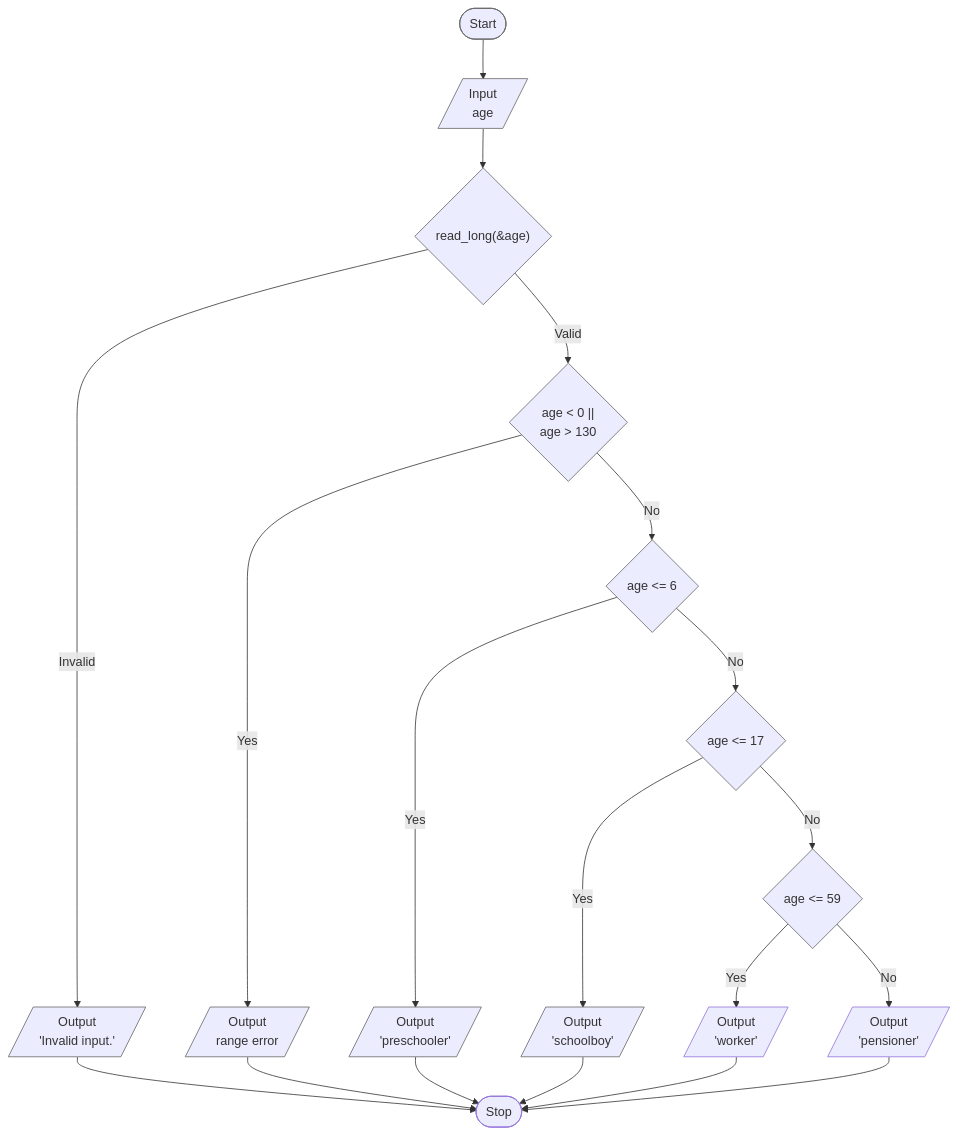
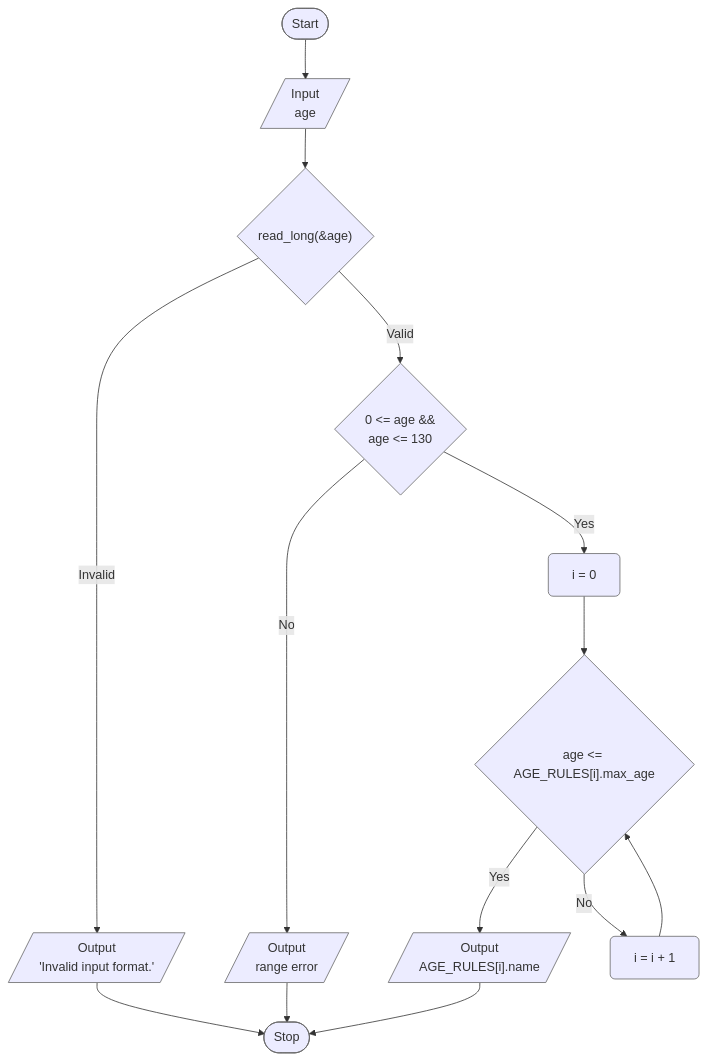
One commit to nykonhrytsyshyn/khnu-prog-labs changed the third of 5 diagrams in lab_02/README.md. Above: the diagram before and after it, drawn with Mermaid. The commit also changed 4 other files, not shown here.

````diff
--- a/lab_02/README.md
+++ b/lab_02/README.md
@@ -110,24 +110,19 @@
 ```mermaid
 flowchart TD
   A(["Start"]) --> B[/"Input<br/>age"/]
   B --> C{"read_long(&age)"}
-  C -->|Invalid| D[/"Output<br/>'Invalid input.'"/]
-  C -->|Valid| E{"age < 0 ||<br/>age > 130"}
-  E -->|Yes| F[/"Output<br/>range error"/]
-  E -->|No| G{"age <= 6"}
-  G -->|Yes| H[/"Output<br/>'preschooler'"/]
-  G -->|No| I{"age <= 17"}
-  I -->|Yes| J[/"Output<br/>'schoolboy'"/]
-  I -->|No| K{"age <= 59"}
-  K -->|Yes| L[/"Output<br/>'worker'"/]
-  K -->|No| M[/"Output<br/>'pensioner'"/]
-  D --> N(["Stop"])
-  F --> N
-  H --> N
-  J --> N
-  L --> N
-  M --> N
+  C -->|Invalid| D[/"Output<br/>'Invalid input format.'"/]
+  C -->|Valid| E{"0 <= age &&<br/>age <= 130"}
+  E -->|No| F[/"Output<br/>range error"/]
+  E -->|Yes| G["i = 0"]
+  G --> H{"age <= AGE_RULES[i].max_age"}
+  H -->|Yes| I[/"Output<br/>AGE_RULES[i].name"/]
+  H -->|No| J["i = i + 1"]
+  J --> H
+  D --> K(["Stop"])
+  F --> K
+  I --> K
 
   classDef stage stroke:#666,rx:6,ry:6
   class A,B,C,D,E,F,G,H,I,J,K stage
 ```
````
